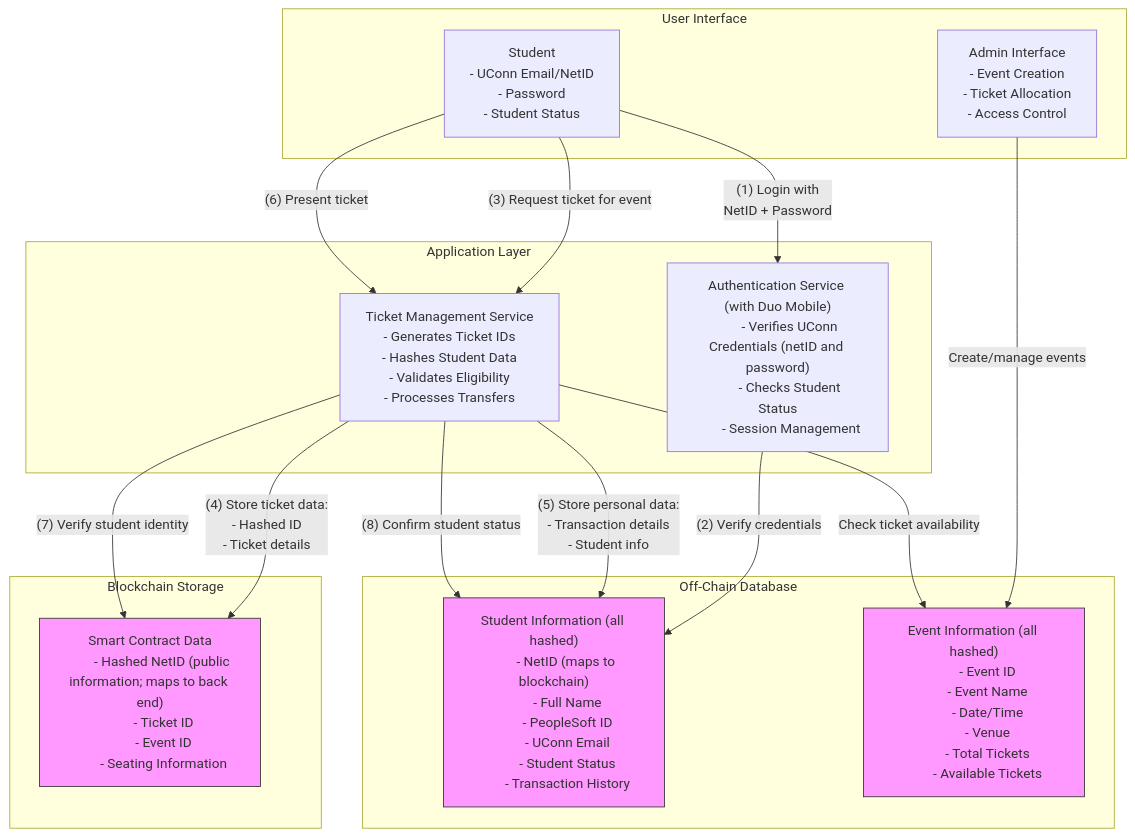
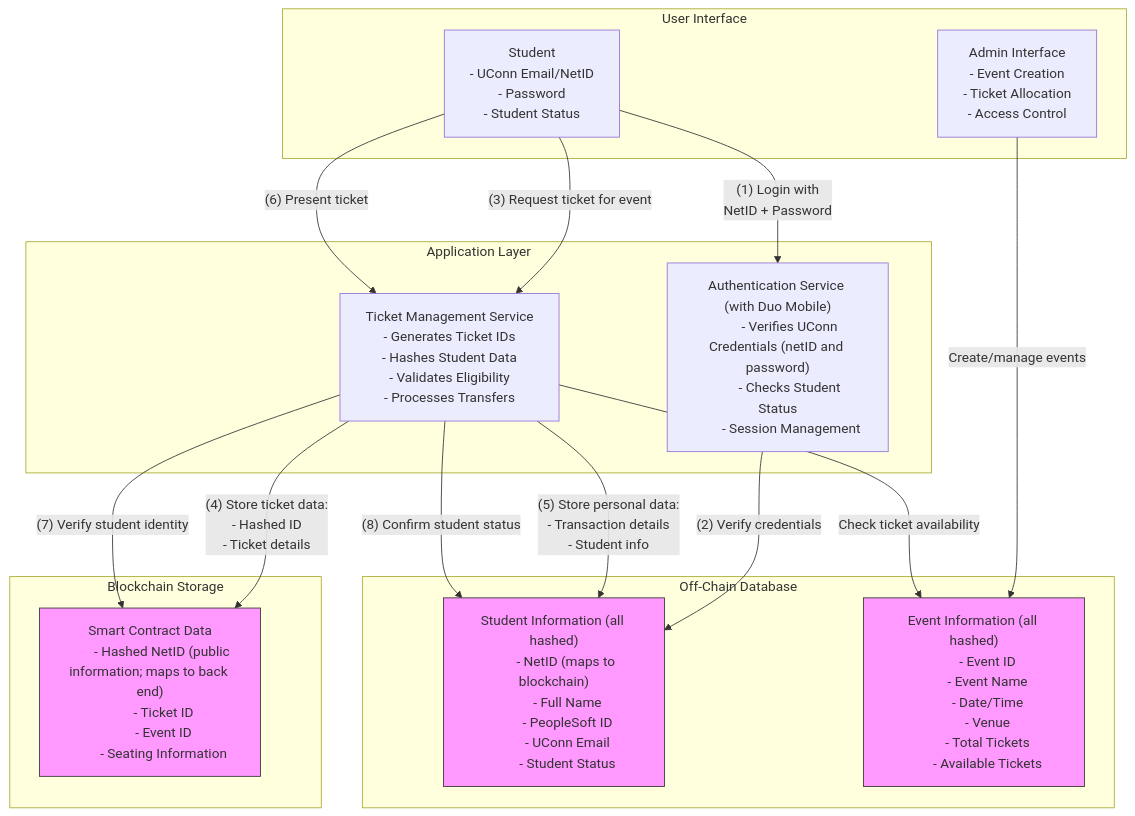
The diagram in docs/dataflow.md (lpep64/Blockchain-Ticketing), drawn with Mermaid before and after one commit.

Commit message:
dataflow updated

````diff
--- a/docs/dataflow.md
+++ b/docs/dataflow.md
@@ -1,79 +1,78 @@
 ```mermaid
 flowchart TB
     subgraph UI ["User Interface"]
         Student["Student
         - UConn Email/NetID
         - Password
         - Student Status"]
         AdminUI["Admin Interface
         - Event Creation
         - Ticket Allocation
         - Access Control"]
     end
 
     subgraph Processing ["Application Layer"]
         Auth["Authentication Service (with Duo Mobile)
         - Verifies UConn Credentials (netID and password)
         - Checks Student Status
         - Session Management"]
         
         TicketService["Ticket Management Service
         - Generates Ticket IDs
         - Hashes Student Data
         - Validates Eligibility
         - Processes Transfers"]
     end
 
     subgraph BlockchainStorage ["Blockchain Storage"]
         SmartContract["Smart Contract Data
         - Hashed NetID (public information; maps to back end)
         - Ticket ID
         - Event ID
         - Seating Information"]
     end
 
     subgraph Database ["Off-Chain Database"]
         StudentData["Student Information (all hashed)
         - NetID (maps to blockchain)
         - Full Name
         - PeopleSoft ID
         - UConn Email
-        - Student Status
-        - Transaction History"]
+        - Student Status"]
         
         EventData["Event Information (all hashed)
         - Event ID
         - Event Name
         - Date/Time
         - Venue
         - Total Tickets
         - Available Tickets"]
     end
 
     %% Student flows
     Student -->|"(1) Login with 
     NetID + Password"| Auth
     Auth -->|"(2) Verify credentials"| StudentData
     Student -->|"(3) Request ticket for event"| TicketService
     
     %% Ticket processing
     TicketService -->|"(4) Store ticket data:
     - Hashed ID
     - Ticket details"| SmartContract
     
     TicketService -->|"(5) Store personal data:
     - Transaction details
     - Student info"| StudentData
     
     %% Event data flow
     AdminUI -->|"Create/manage events"| EventData
     TicketService -->|"Check ticket availability"| EventData
     
     %% Verification flow
     Student -->|"(6) Present ticket"| TicketService
     TicketService -->|"(7) Verify student identity"| SmartContract
     TicketService -->|"(8) Confirm student status"| StudentData
 
     classDef storage fill:#f9f,stroke:#333
     class SmartContract,StudentData,EventData storage
 ```
````
